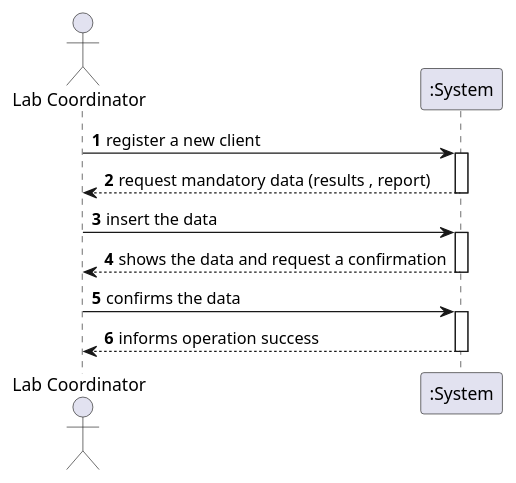
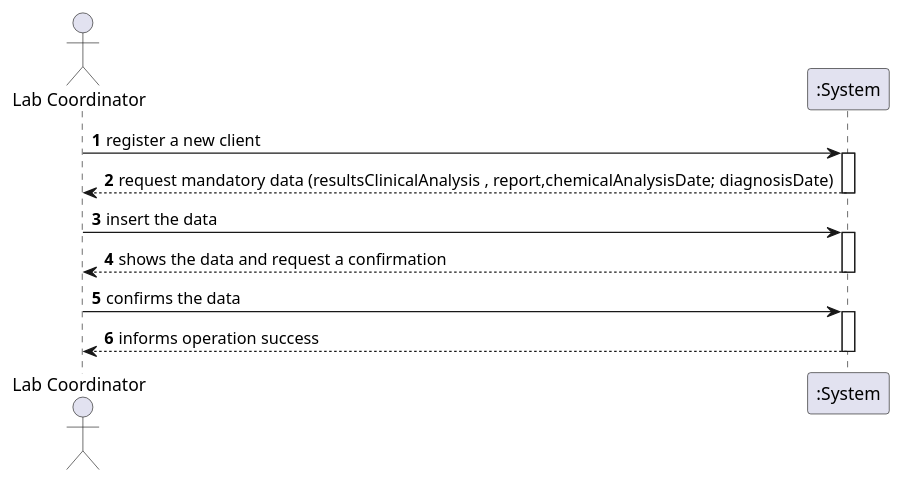
Before and after one commit to GuilhermeCunha79/lapr2: the diagram in docs/SprintC/US15/UC15_SSD.puml, drawn with PlantUML. The commit also changed 4 other files, not shown here.

```diff
--- a/docs/SprintC/US15/UC15_SSD.puml
+++ b/docs/SprintC/US15/UC15_SSD.puml
@@ -1,25 +1,25 @@
 @startuml
 'https://plantuml.com/sequence-diagram
 
 autonumber
 
 actor "Lab Coordinator" as LABC
 
 participant ":System" as SYSTEM
 
 LABC -> SYSTEM : register a new client
 activate SYSTEM
-SYSTEM --> LABC : request mandatory data (results , report)
+SYSTEM --> LABC : request mandatory data (resultsClinicalAnalysis , report,chemicalAnalysisDate; diagnosisDate)
 deactivate SYSTEM
 
 LABC -> SYSTEM : insert the data
 activate SYSTEM
 SYSTEM --> LABC : shows the data and request a confirmation
 deactivate SYSTEM
 
 LABC -> SYSTEM : confirms the data
 activate SYSTEM
 SYSTEM --> LABC : informs operation success
 deactivate SYSTEM
 
 @enduml
```
